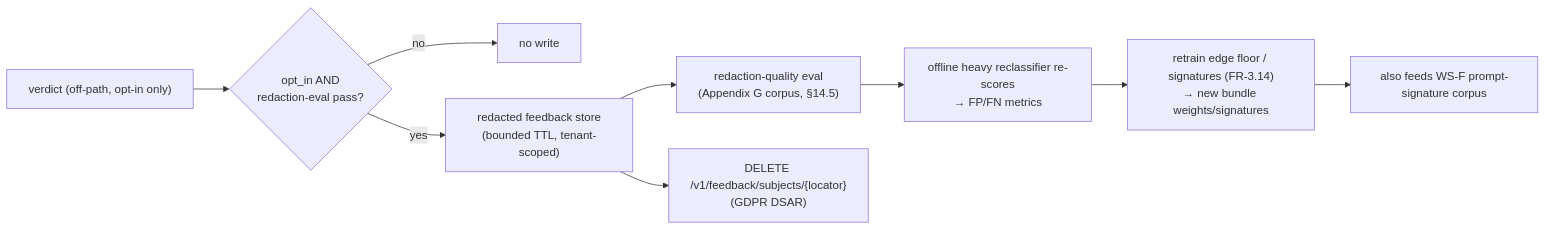
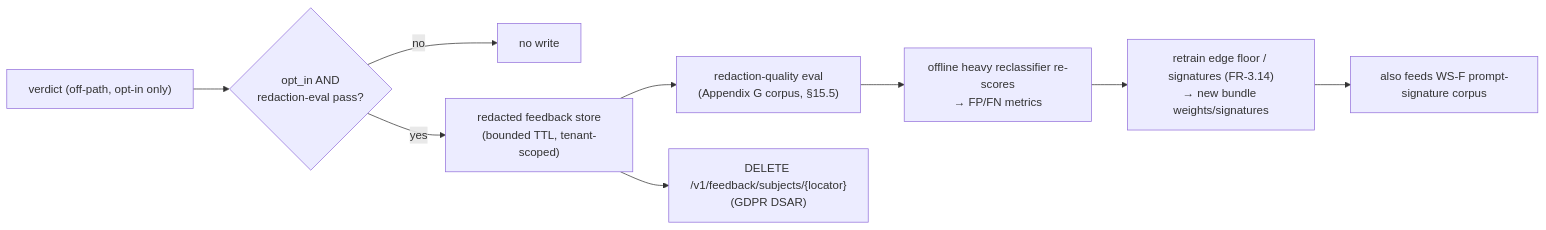
One commit to shashank31mar/Sentra changed the fourth of 5 diagrams in lld/29-redaction.md. Above: the diagram before and after it, drawn with Mermaid. The commit also changed other lines of this file and 16 other files, not shown here.

````diff
--- a/lld/29-redaction.md
+++ b/lld/29-redaction.md
@@ -331,11 +412,11 @@
 ```mermaid
 flowchart LR
   V["verdict (off-path, opt-in only)"] --> G1{"opt_in AND<br/>redaction-eval pass?"}
   G1 -->|"no"| DROP["no write"]
   G1 -->|"yes"| FS["redacted feedback store<br/>(bounded TTL, tenant-scoped)"]
-  FS --> EVAL["redaction-quality eval<br/>(Appendix G corpus, §14.5)"]
+  FS --> EVAL["redaction-quality eval<br/>(Appendix G corpus, §15.5)"]
   EVAL --> RS["offline heavy reclassifier re-scores<br/>→ FP/FN metrics"]
   RS --> RT["retrain edge floor / signatures (FR-3.14)<br/>→ new bundle weights/signatures"]
   RT --> WSF["also feeds WS-F prompt-signature corpus"]
   FS --> DSAR["DELETE /v1/feedback/subjects/{locator}<br/>(GDPR DSAR)"]
 ```
````
